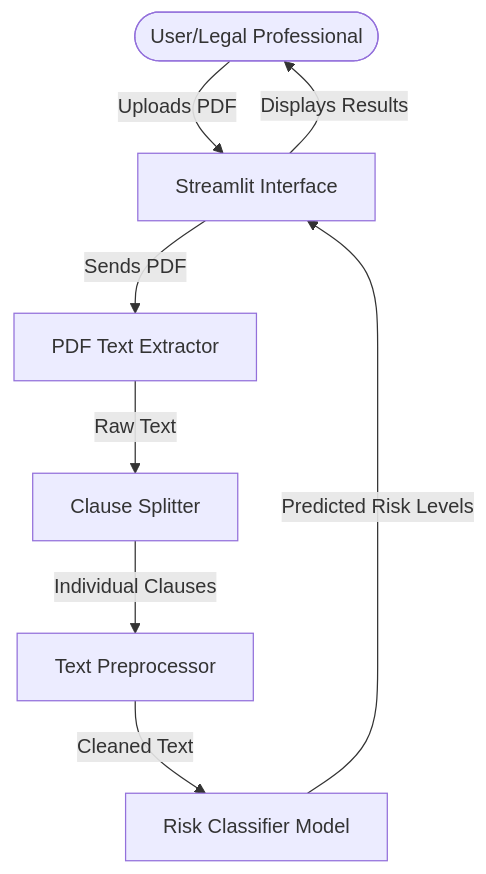
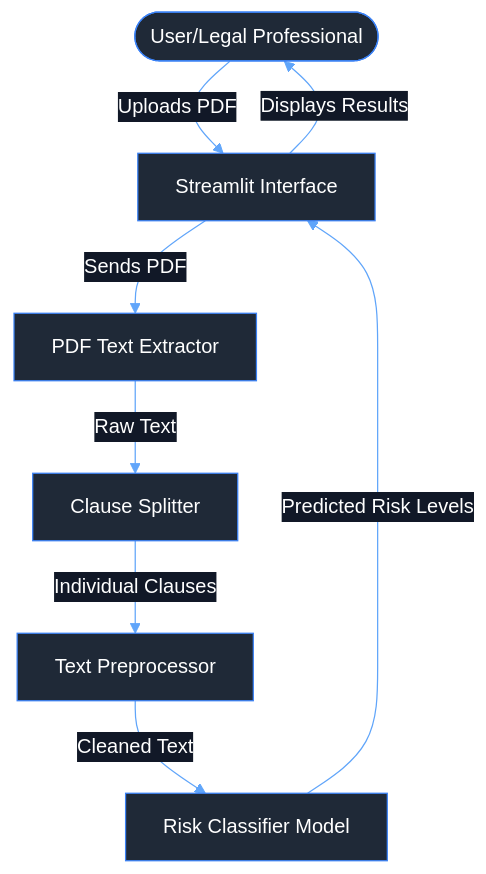
The first of 4 diagrams in WORKFLOW.md (Gautam-Bharadwaj/AI-ML-PROJECT-26), drawn with Mermaid before and after one commit. The commit also changed other lines of this file, not shown here.

Commit message:
style: force white text in mermaid diagrams for better readability

````diff
--- a/WORKFLOW.md
+++ b/WORKFLOW.md
@@ -8,10 +8,11 @@
 ```mermaid
+%%{init: {'theme': 'base', 'themeVariables': { 'primaryColor': '#1f2937', 'primaryTextColor': '#fff', 'primaryBorderColor': '#3b82f6', 'lineColor': '#60a5fa', 'secondaryColor': '#111827', 'tertiaryColor': '#1f2937'}}}%%
 graph TD
     User([User/Legal Professional]) -->|Uploads PDF| UI[Streamlit Interface]
     UI -->|Sends PDF| Extractor[PDF Text Extractor]
     Extractor -->|Raw Text| Splitter[Clause Splitter]
     Splitter -->|Individual Clauses| Preprocessor[Text Preprocessor]
     Preprocessor -->|Cleaned Text| Classifier[Risk Classifier Model]
     Classifier -->|Predicted Risk Levels| UI
     UI -->|Displays Results| User
 ```
````
